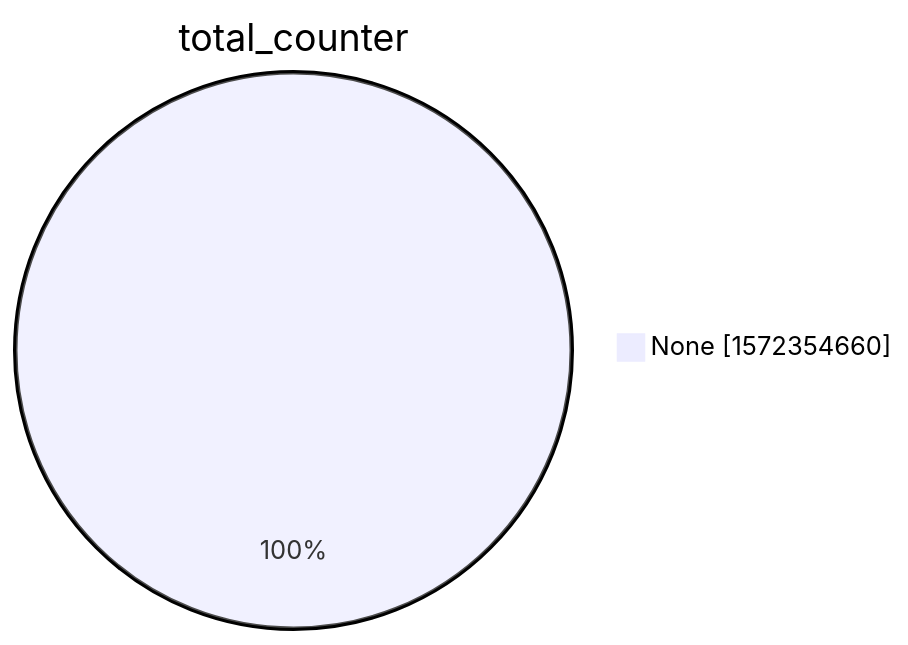
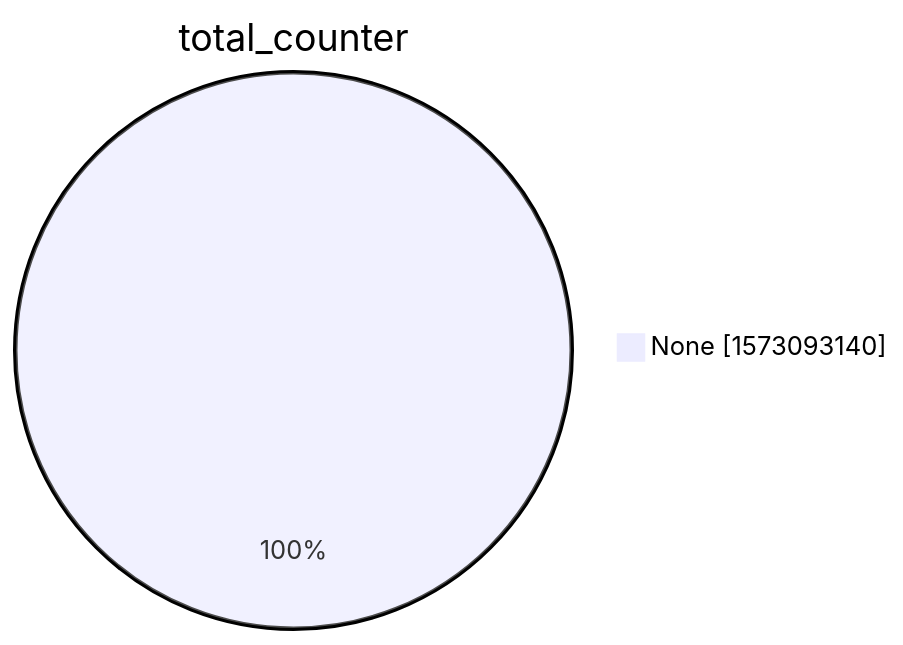
The second of 15 diagrams in xenon2022/README.md (christiankrug/ctmonitor_visualization), drawn with Mermaid before and after one commit. The commit also changed other lines of this file, not shown here.

````diff
--- a/xenon2022/README.md
+++ b/xenon2022/README.md
@@ -9,5 +9,5 @@
 ```mermaid
 pie showData
 title total_counter
-"None" :1572354660
+"None" :1573093140
 ```
````
